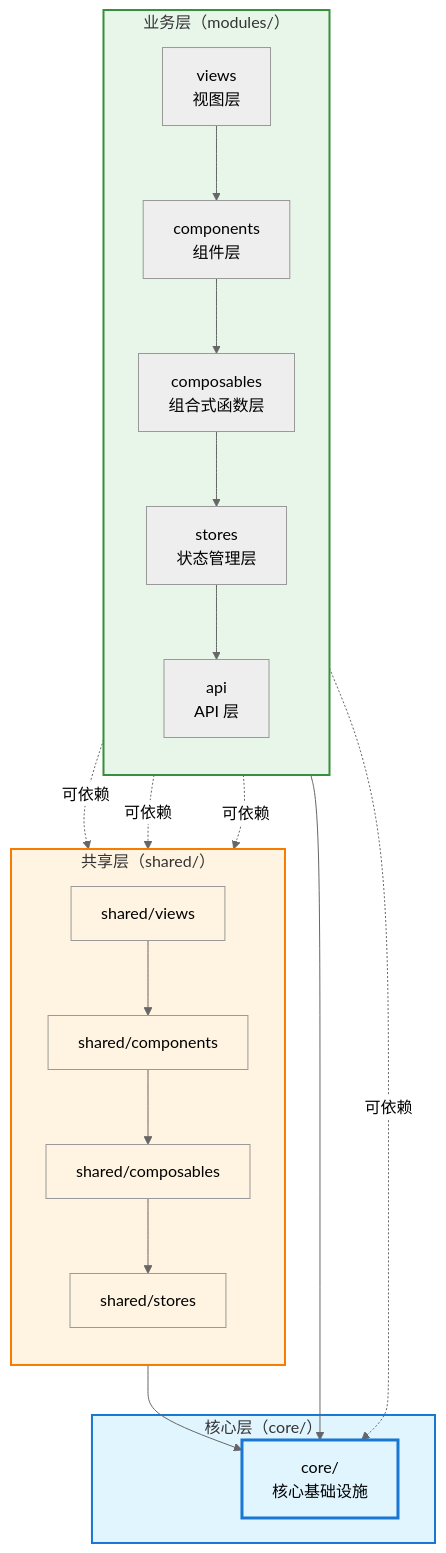
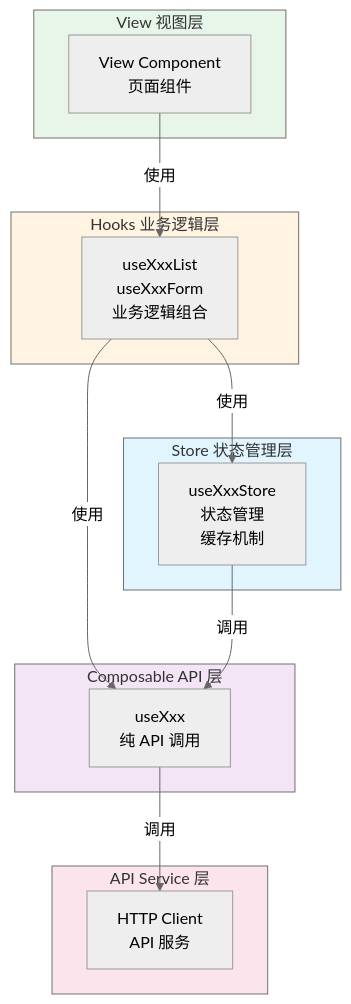
The third of 3 diagrams in docs/posts/Vue 3 项目工程化结构设计指南.md (helloAhao096/helloahao096.github.io), drawn with Mermaid (neutral theme) before and after one commit. The commit also changed other lines of this file, not shown here.

````diff
--- a/docs/posts/Vue 3 项目工程化结构设计指南.md
+++ b/docs/posts/Vue 3 项目工程化结构设计指南.md
@@ -1179,48 +260,34 @@
 ```mermaid
-graph TD
-    subgraph 业务层["业务层（modules/）"]
-        direction TB
-        Views[views<br/>视图层]
-        Components[components<br/>组件层]
-        Composables[composables<br/>组合式函数层]
-        Stores[stores<br/>状态管理层]
-        API[api<br/>API 层]
+graph TB
+    subgraph View["View 视图层"]
+        V[View Component<br/>页面组件]
     end
     
-    subgraph 共享层["共享层（shared/）"]
-        direction TB
-        SharedViews[shared/views]
-        SharedComponents[shared/components]
-        SharedComposables[shared/composables]
-        SharedStores[shared/stores]
+    subgraph Hooks["Hooks 业务逻辑层"]
+        H[useXxxList<br/>useXxxForm<br/>业务逻辑组合]
     end
     
-    subgraph 核心层["核心层（core/）"]
-        Core[core/<br/>核心基础设施]
+    subgraph Store["Store 状态管理层"]
+        S[useXxxStore<br/>状态管理<br/>缓存机制]
     end
     
-    Views --> Components
-    Components --> Composables
-    Composables --> Stores
-    Stores --> API
-    API --> Core
+    subgraph Composable["Composable API 层"]
+        C[useXxx<br/>纯 API 调用]
+    end
     
-    SharedViews --> SharedComponents
-    SharedComponents --> SharedComposables
-    SharedComposables --> SharedStores
-    SharedStores --> Core
+    subgraph API["API Service 层"]
+        A[HTTP Client<br/>API 服务]
+    end
     
-    Views -.->|可依赖| SharedComponents
-    Components -.->|可依赖| SharedComposables
-    Composables -.->|可依赖| SharedStores
-    Stores -.->|可依赖| Core
+    V -->|使用| H
+    H -->|使用| S
+    H -->|使用| C
+    S -->|调用| C
+    C -->|调用| A
     
-    style Core fill:#e1f5ff,stroke:#1976d2,stroke-width:3px
-    style SharedViews fill:#fff4e1
-    style SharedComponents fill:#fff4e1
-    style SharedComposables fill:#fff4e1
-    style SharedStores fill:#fff4e1
-    style 业务层 fill:#e8f5e9,stroke:#388e3c,stroke-width:2px
-    style 共享层 fill:#fff4e1,stroke:#f57c00,stroke-width:2px
-    style 核心层 fill:#e1f5ff,stroke:#1976d2,stroke-width:2px
+    style View fill:#e8f5e9
+    style Hooks fill:#fff4e1
+    style Store fill:#e1f5ff
+    style Composable fill:#f3e5f5
+    style API fill:#fce4ec
 ```
````
